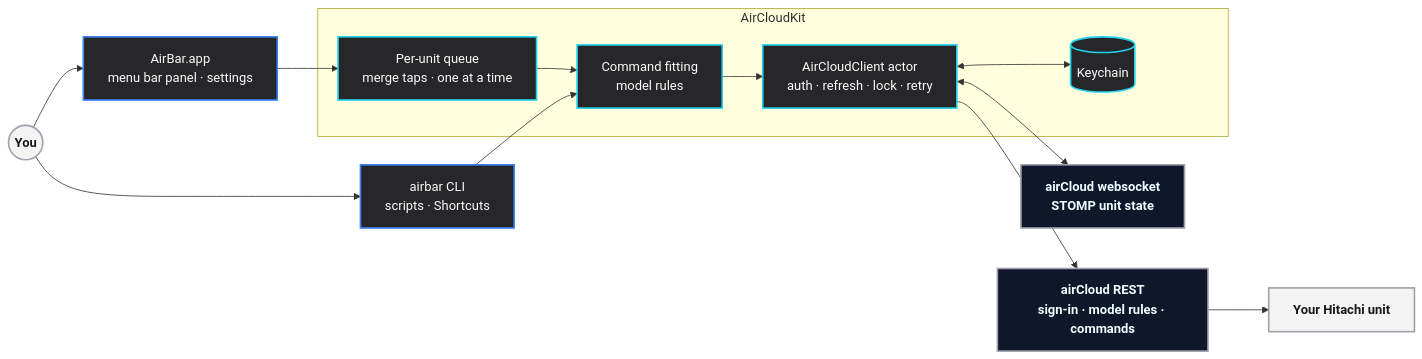
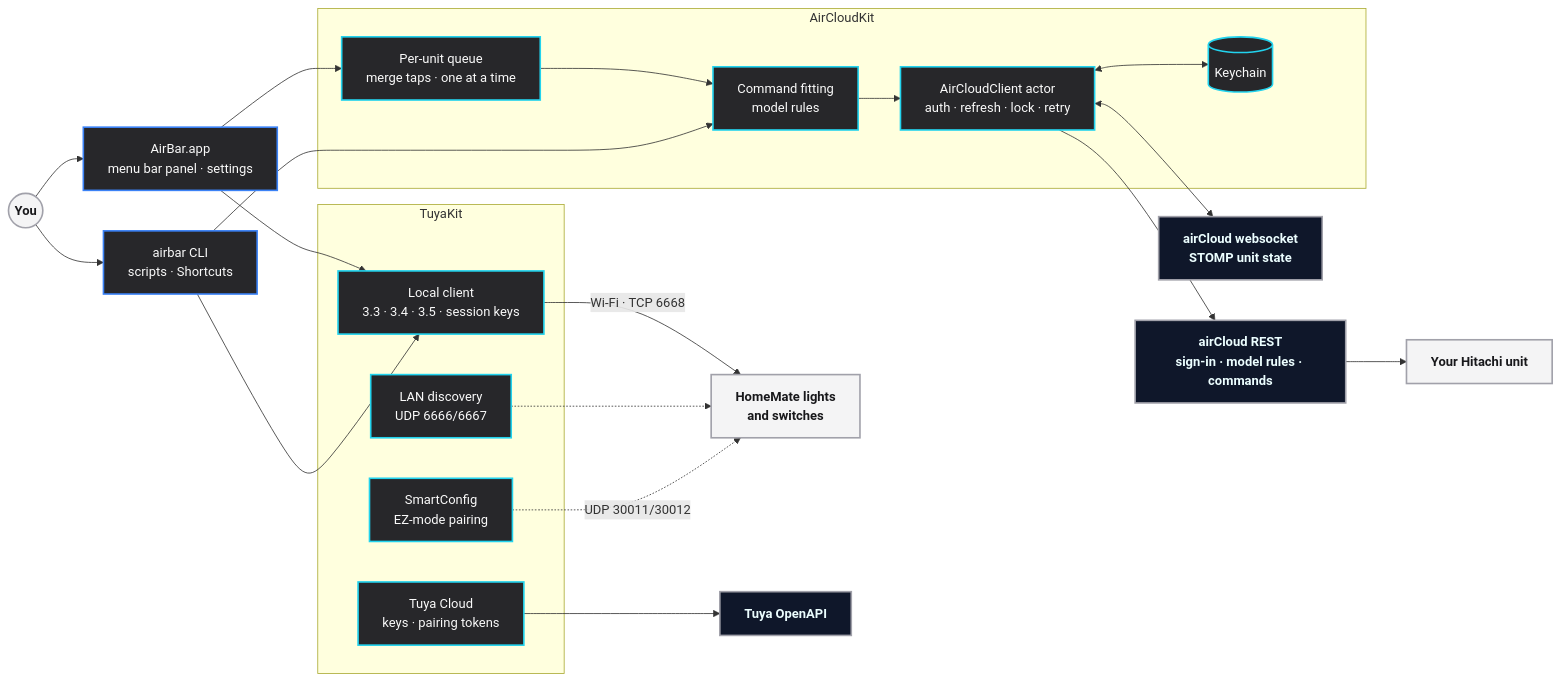
One commit to Subham12R/airbar changed the diagram in README.md. Above: the diagram before and after it, drawn with Mermaid. The commit also changed other lines of this file and 43 other files, not shown here.

First line of the commit message:
AirBar 1.1.0: HomeMate / Tuya lights and switches, controlled locally

````diff
--- a/README.md
+++ b/README.md
@@ -82,30 +104,43 @@
 ```mermaid
 flowchart LR
     classDef default fill:#18181b,stroke:#3f3f46,stroke-width:1px,color:#e4e4e7
     classDef you fill:#f4f4f5,stroke:#a1a1aa,stroke-width:2px,color:#18181b,font-weight:bold
     classDef app fill:#27272a,stroke:#3b82f6,stroke-width:2px,color:#fafafa
     classDef kit fill:#27272a,stroke:#22d3ee,stroke-width:2px,color:#fafafa
     classDef cloud fill:#0f172a,stroke:#a1a1aa,stroke-width:2px,color:#ecfeff,font-weight:bold
 
     You((You)):::you
     App[AirBar.app<br/>menu bar panel · settings]:::app
     CLI[airbar CLI<br/>scripts · Shortcuts]:::app
 
     subgraph Kit[AirCloudKit]
         Queue[Per-unit queue<br/>merge taps · one at a time]:::kit
         Fit[Command fitting<br/>model rules]:::kit
         Client[AirCloudClient actor<br/>auth · refresh · lock · retry]:::kit
         KC[(Keychain)]:::kit
     end
 
+    subgraph Tuya[TuyaKit]
+        Local[Local client<br/>3.3 · 3.4 · 3.5 · session keys]:::kit
+        Disc[LAN discovery<br/>UDP 6666/6667]:::kit
+        TCloud[Tuya Cloud<br/>keys · pairing tokens]:::kit
+        SC[SmartConfig<br/>EZ-mode pairing]:::kit
+    end
+
     REST[airCloud REST<br/>sign-in · model rules · commands]:::cloud
     WS[airCloud websocket<br/>STOMP unit state]:::cloud
     AC[Your Hitachi unit]:::you
+    Lights[HomeMate lights<br/>and switches]:::you
+    TAPI[Tuya OpenAPI]:::cloud
 
     You --> App & CLI
     App --> Queue --> Fit --> Client
     CLI --> Fit
     Client <--> KC
     Client --> REST --> AC
     Client <--> WS
+    App & CLI --> Local -->|"Wi-Fi · TCP 6668"| Lights
+    Disc -.-> Lights
+    TCloud --> TAPI
+    SC -.->|"UDP 30011/30012"| Lights
 ```
````
